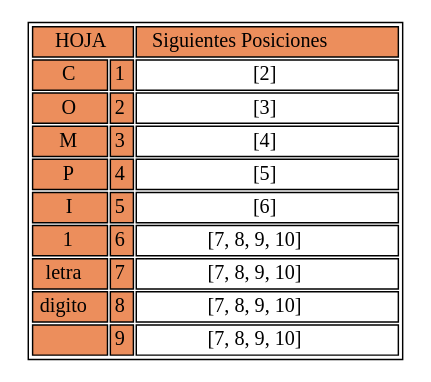
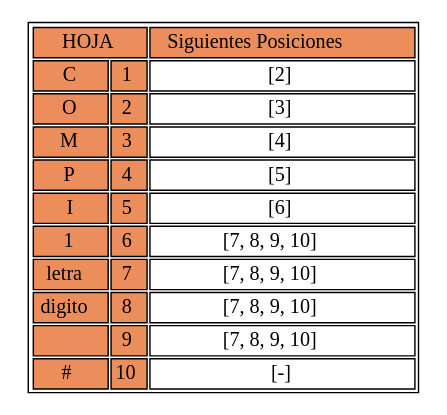
One commit to H4rr1ss/-OLC1-Proyecto1-202103718 changed the diagram in src/main/java/SIGUIENTES_202103718/frase.dot. Above: the diagram before and after it, drawn with Graphviz. The commit also changed 39 other files, not shown here.

```diff
--- a/src/main/java/SIGUIENTES_202103718/frase.dot
+++ b/src/main/java/SIGUIENTES_202103718/frase.dot
@@ -1,69 +1,75 @@
 digraph H {
 
 	parent [
 		shape=plaintext
 		label=<
 			<table border='1' cellborder='1'>
 				<tr>
 					<td bgcolor = "#EC8E5C" colspan = "4">HOJA</td>
-					<td bgcolor = "#EC8E5C" colspan = "9">Siguientes Posiciones </td>
+					<td bgcolor = "#EC8E5C" colspan = "10">Siguientes Posiciones </td>
 				</tr>
 
 				<tr>
 					<td bgcolor = "#EC8E5C" colspan = "3">C</td>
 					<td bgcolor = "#EC8E5C" >1</td>
-					<td colspan = "9">[2]</td>
+					<td colspan = "10">[2]</td>
 				</tr>
 
 				<tr>
 					<td bgcolor = "#EC8E5C" colspan = "3">O</td>
 					<td bgcolor = "#EC8E5C" >2</td>
-					<td colspan = "9">[3]</td>
+					<td colspan = "10">[3]</td>
 				</tr>
 
 				<tr>
 					<td bgcolor = "#EC8E5C" colspan = "3">M</td>
 					<td bgcolor = "#EC8E5C" >3</td>
-					<td colspan = "9">[4]</td>
+					<td colspan = "10">[4]</td>
 				</tr>
 
 				<tr>
 					<td bgcolor = "#EC8E5C" colspan = "3">P</td>
 					<td bgcolor = "#EC8E5C" >4</td>
-					<td colspan = "9">[5]</td>
+					<td colspan = "10">[5]</td>
 				</tr>
 
 				<tr>
 					<td bgcolor = "#EC8E5C" colspan = "3">I</td>
 					<td bgcolor = "#EC8E5C" >5</td>
-					<td colspan = "9">[6]</td>
+					<td colspan = "10">[6]</td>
 				</tr>
 
 				<tr>
 					<td bgcolor = "#EC8E5C" colspan = "3">1</td>
 					<td bgcolor = "#EC8E5C" >6</td>
-					<td colspan = "9">[7, 8, 9, 10]</td>
+					<td colspan = "10">[7, 8, 9, 10]</td>
 				</tr>
 
 				<tr>
 					<td bgcolor = "#EC8E5C" colspan = "3">letra</td>
 					<td bgcolor = "#EC8E5C" >7</td>
-					<td colspan = "9">[7, 8, 9, 10]</td>
+					<td colspan = "10">[7, 8, 9, 10]</td>
 				</tr>
 
 				<tr>
 					<td bgcolor = "#EC8E5C" colspan = "3">digito</td>
 					<td bgcolor = "#EC8E5C" >8</td>
-					<td colspan = "9">[7, 8, 9, 10]</td>
+					<td colspan = "10">[7, 8, 9, 10]</td>
 				</tr>
 
 				<tr>
 					<td bgcolor = "#EC8E5C" colspan = "3"> </td>
 					<td bgcolor = "#EC8E5C" >9</td>
-					<td colspan = "9">[7, 8, 9, 10]</td>
+					<td colspan = "10">[7, 8, 9, 10]</td>
+				</tr>
+
+				<tr>
+					<td bgcolor = "#EC8E5C" colspan = "3">#</td>
+					<td bgcolor = "#EC8E5C" >10</td>
+					<td colspan = "10">[-]</td>
 				</tr>
 
 			</table>
 	>];
 
 }
```
